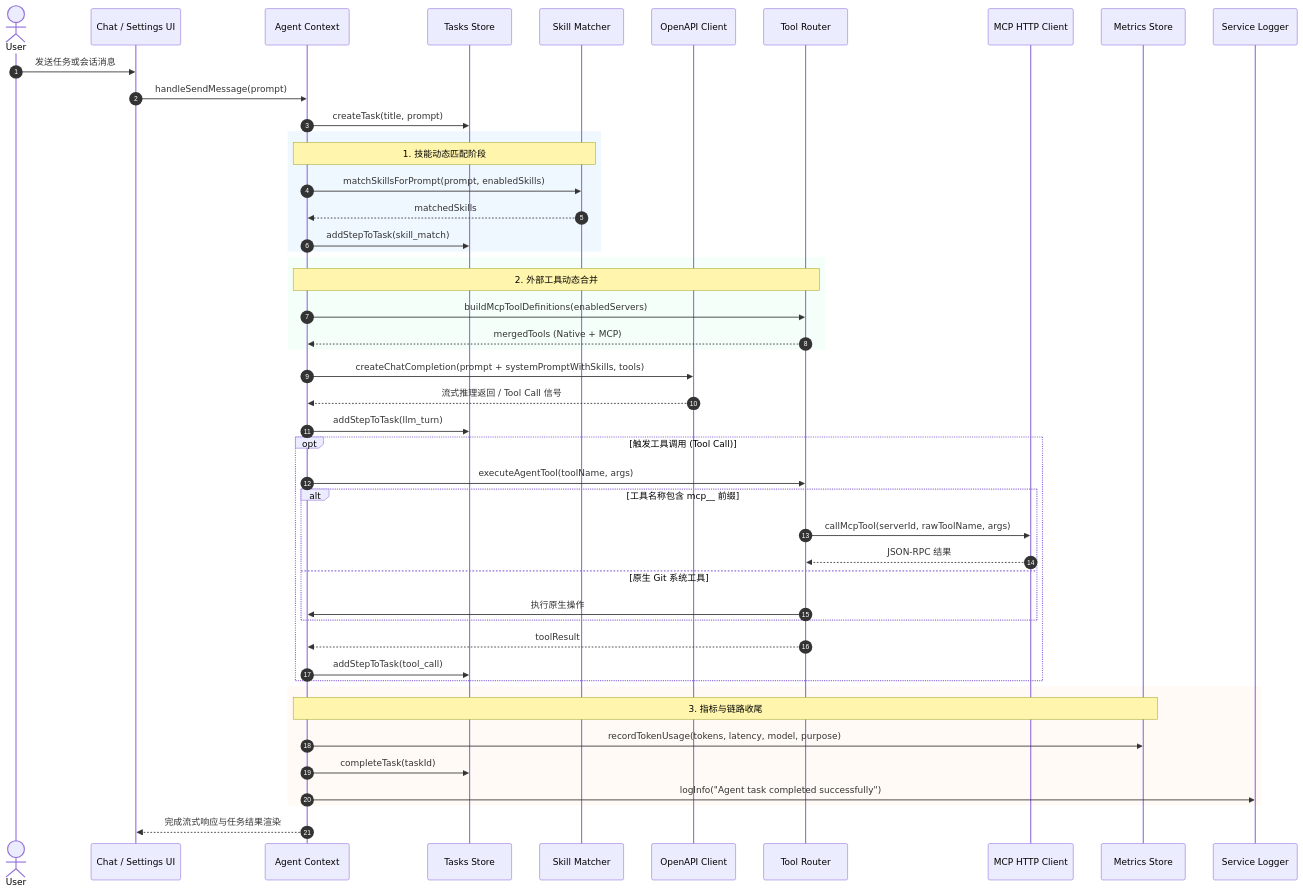
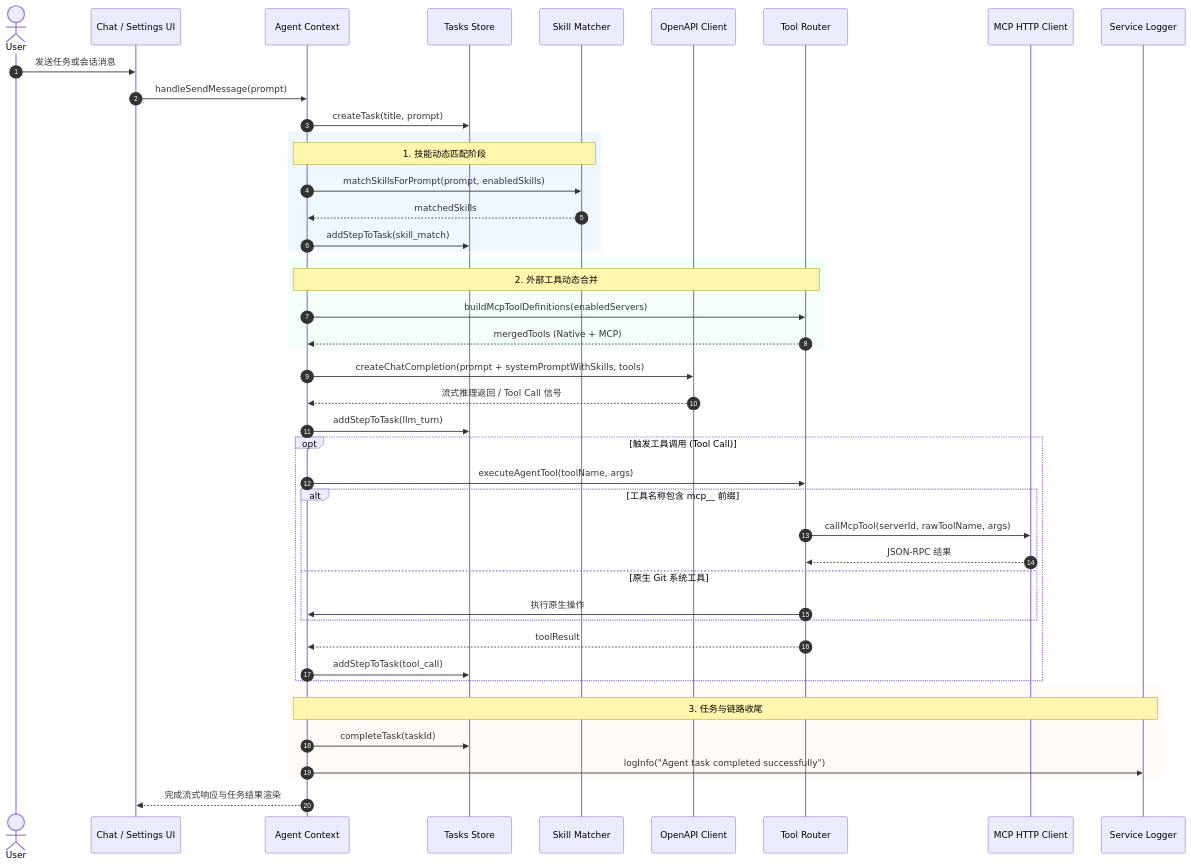
One commit to DavidKk/yggit changed the diagram in docs/technical/agent-skills-mcp-and-observability.md. Above: the diagram before and after it, drawn with Mermaid. The commit also changed other lines of this file and 15 other files, not shown here.

First line of the commit message:
refactor(agent): defer and remove token metrics module

````diff
--- a/docs/technical/agent-skills-mcp-and-observability.md
+++ b/docs/technical/agent-skills-mcp-and-observability.md
@@ -315,56 +267,54 @@
 ```mermaid
 sequenceDiagram
     autonumber
     actor User
     participant UI as Chat / Settings UI
     participant AgentCtx as Agent Context
     participant TaskStore as Tasks Store
     participant SkillEngine as Skill Matcher
     participant OpenAPI as OpenAPI Client
     participant ToolRouter as Tool Router
     participant McpClient as MCP HTTP Client
-    participant MetricStore as Metrics Store
     participant Logger as Service Logger
 
     User->>UI: 发送任务或会话消息
     UI->>AgentCtx: handleSendMessage(prompt)
     AgentCtx->>TaskStore: createTask(title, prompt)
 
     rect rgb(240, 248, 255)
         note over AgentCtx,SkillEngine: 1. 技能动态匹配阶段
         AgentCtx->>SkillEngine: matchSkillsForPrompt(prompt, enabledSkills)
         SkillEngine-->>AgentCtx: matchedSkills
         AgentCtx->>TaskStore: addStepToTask(skill_match)
     end
 
     rect rgb(245, 255, 250)
         note over AgentCtx,ToolRouter: 2. 外部工具动态合并
         AgentCtx->>ToolRouter: buildMcpToolDefinitions(enabledServers)
         ToolRouter-->>AgentCtx: mergedTools (Native + MCP)
     end
 
     AgentCtx->>OpenAPI: createChatCompletion(prompt + systemPromptWithSkills, tools)
     OpenAPI-->>AgentCtx: 流式推理返回 / Tool Call 信号
     AgentCtx->>TaskStore: addStepToTask(llm_turn)
 
     opt 触发工具调用 (Tool Call)
         AgentCtx->>ToolRouter: executeAgentTool(toolName, args)
         alt 工具名称包含 mcp__ 前缀
             ToolRouter->>McpClient: callMcpTool(serverId, rawToolName, args)
             McpClient-->>ToolRouter: JSON-RPC 结果
         else 原生 Git 系统工具
             ToolRouter->>AgentCtx: 执行原生操作
         end
         ToolRouter-->>AgentCtx: toolResult
         AgentCtx->>TaskStore: addStepToTask(tool_call)
     end
 
     rect rgb(255, 250, 245)
-        note over AgentCtx,MetricStore: 3. 指标与链路收尾
-        AgentCtx->>MetricStore: recordTokenUsage(tokens, latency, model, purpose)
+        note over AgentCtx,Logger: 3. 任务与链路收尾
         AgentCtx->>TaskStore: completeTask(taskId)
         AgentCtx->>Logger: logInfo("Agent task completed successfully")
     end
 
     AgentCtx-->>UI: 完成流式响应与任务结果渲染
 ```
````
